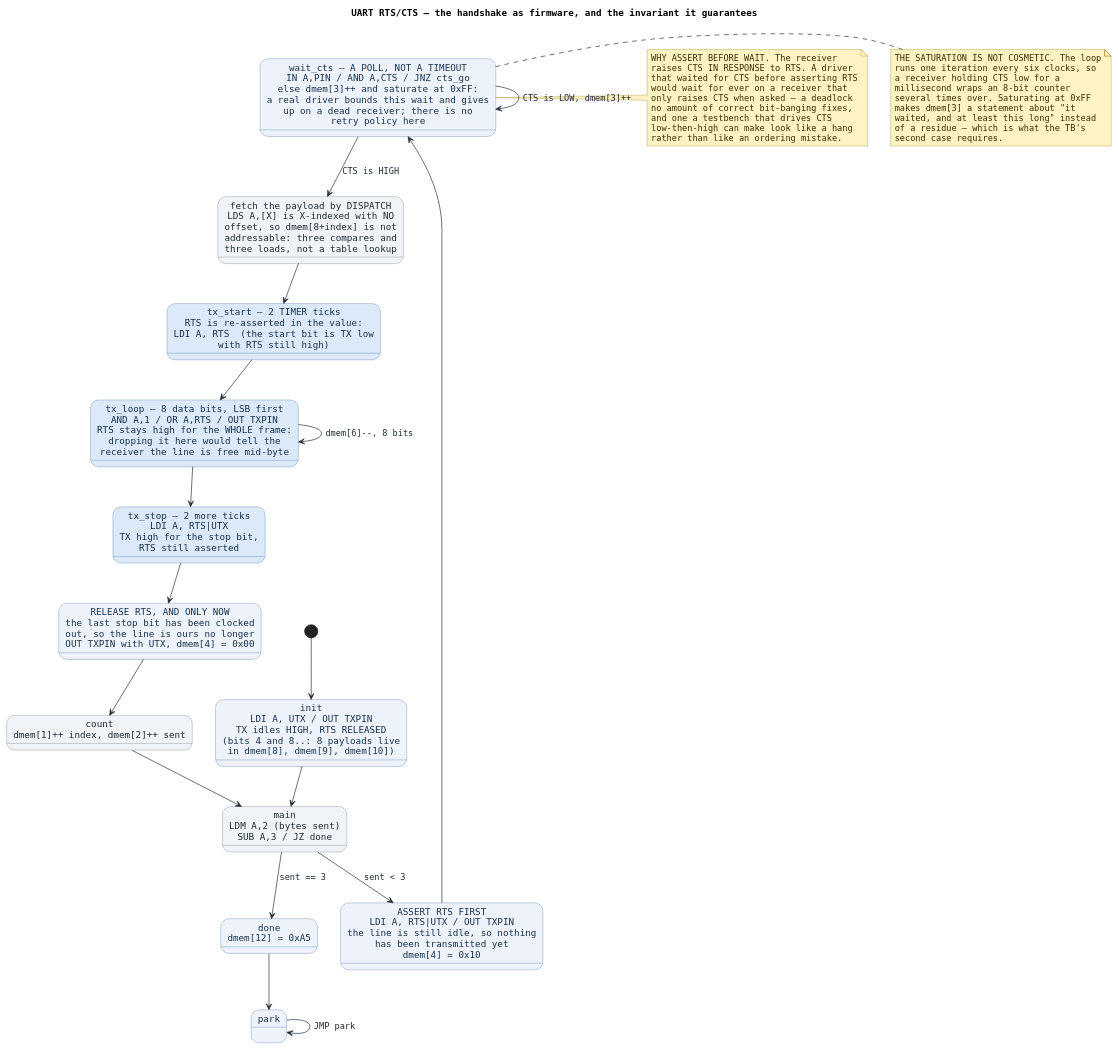
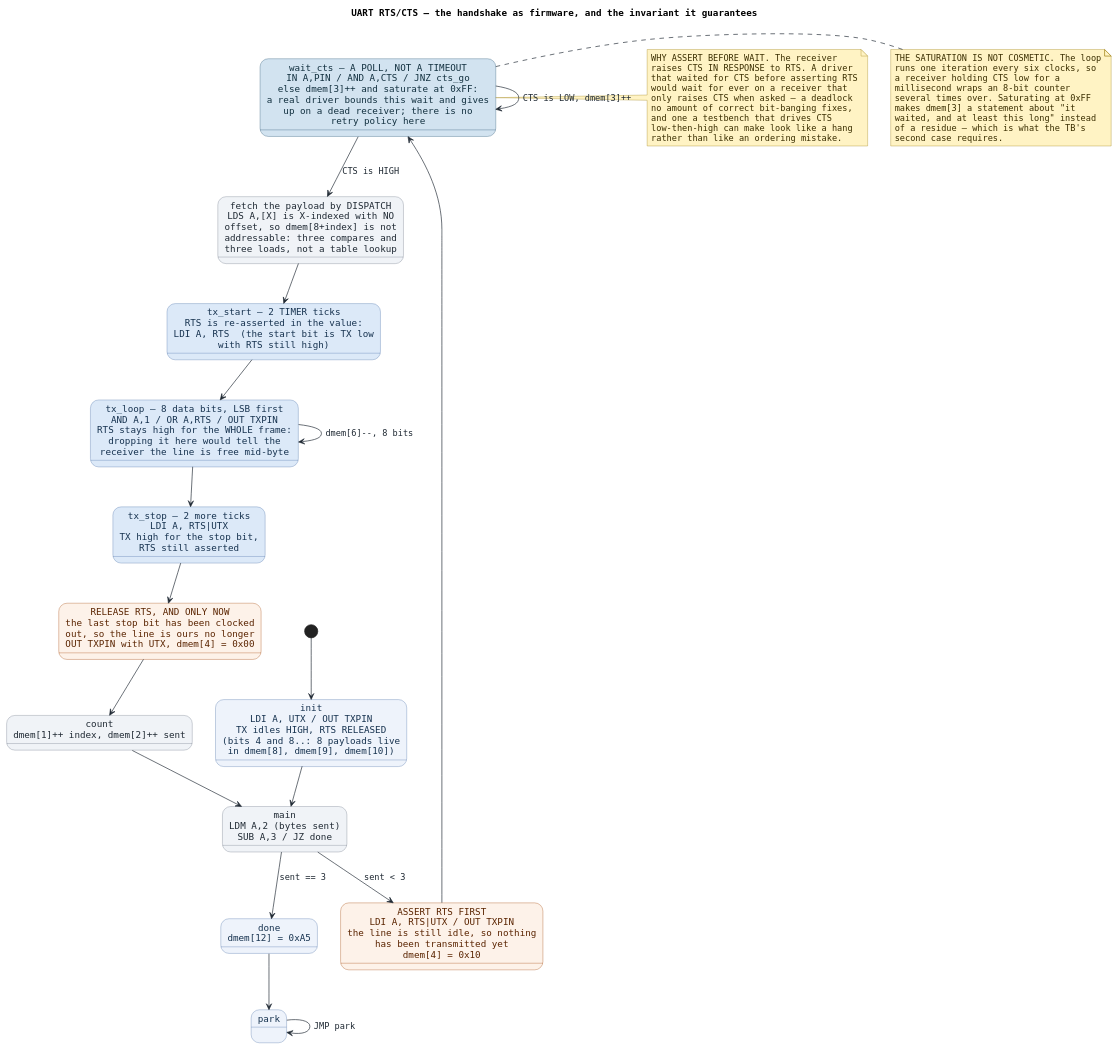
Before and after one commit to smprather/janestreet-blog-serial-protocol-emulator: the first of 5 diagrams in diagrams/proto-uart-flow.puml, drawn with PlantUML. The commit also changed 46 other files, not shown here.

```diff
--- a/diagrams/proto-uart-flow.puml
+++ b/diagrams/proto-uart-flow.puml
@@ -1,105 +1,126 @@
 @startuml
 skinparam NoteBackgroundColor #FFF3C4
 skinparam NoteBorderColor #9A7B0A
 skinparam NoteFontColor #3A2E00
 skinparam sequence {
   ArrowColor #335550
   ArrowFontColor #1F2933
   LifeLineBorderColor #8A94A6
   LifeLineBackgroundColor #EDF1F7
   ParticipantBorderColor #4A6FA5
   ParticipantBackgroundColor #DCE9F8
   ParticipantFontColor #16324F
   GroupBorderColor #6B7686
   GroupBackgroundColor #E3E9F2
   SequenceBoxBackgroundColor #FFF3C4
   SequenceBoxBorderColor #9A7B0A
   SequenceGroupBorderColor #6B7686
   SequenceGroupBackgroundColor #E3E9F2
   SequenceLifeLineBackgroundColor #EDF1F7
   SequenceLifeLineBorderColor #8A94A6
   SequenceDividerColor #1F2933
 }
 skinparam state {
   BackgroundColor #EEF3FB
   BorderColor #4A6FA5
   FontColor #16324F
   ArrowColor #1F2933
   ArrowFontColor #1F2933
   BackgroundColor<<tx>>   #DCE9F8
   BorderColor<<tx>>       #4A6FA5
   FontColor<<tx>>         #16324F
   BackgroundColor<<rx>>   #DCEEE0
   BorderColor<<rx>>       #4A8A5C
   FontColor<<rx>>         #17452A
   BackgroundColor<<ack>>  #FFF3C4
   BorderColor<<ack>>      #9A7B0A
   FontColor<<ack>>        #3A2E00
   BackgroundColor<<abort>> #F6D9D9
   BorderColor<<abort>>    #B05050
   FontColor<<abort>>      #6A2020
   BackgroundColor<<box>>  #F0F3F7
   BorderColor<<box>>      #6B7686
   FontColor<<box>>        #1F2933
+  BackgroundColor<<brk>>   #FADBD8
+  BorderColor<<brk>>       #A93226
+  FontColor<<brk>>         #5B1610
+  BackgroundColor<<slot>>  #D6EAF8
+  BorderColor<<slot>>      #2E6DA4
+  FontColor<<slot>>        #16324F
+  BackgroundColor<<crc>>   #EDE0F5
+  BorderColor<<crc>>       #6B4E9B
+  FontColor<<crc>>         #3B2560
+  BackgroundColor<<data>>  #D5F0E0
+  BorderColor<<data>>      #2E7D4F
+  FontColor<<data>>        #12402A
+  BackgroundColor<<stat>>  #FDECC8
+  BorderColor<<stat>>      #A9741A
+  FontColor<<stat>>        #5A3D12
+  BackgroundColor<<hs>>    #FDF2E9
+  BorderColor<<hs>>        #A04000
+  FontColor<<hs>>          #5A2400
+  BackgroundColor<<wait>>  #D2E3F0
+  BorderColor<<wait>>      #24506E
+  FontColor<<wait>>        #12303F
 }
 title UART RTS/CTS — the handshake as firmware, and the invariant it guarantees
 ' Sources: firmware/uart_flow.pe (the poll, the dispatch, the bit loop),
 '          tb/tb_pe_soc_uart_flow.v (the invariant monitor, the 8N1 receiver,
 '          the two cases), tools/fw/peasm.py (UTX/URX/RTS/CTS, TIMER)
 ' Pin map, the shared 8-bit port: bit 0 TX (out)  bit 3 RX (in)
 '                                 bit 4 RTS (out) bit 5 CTS (in)
 ' Program: payload 0x00 0xFF 0xA5, one RTS frame around each byte
 skinparam defaultFontName Monospaced
 [*] --> init
 state "init\nLDI A, UTX / OUT TXPIN\nTX idles HIGH, RTS RELEASED\n(bits 4 and 8..: 8 payloads live\nin dmem[8], dmem[9], dmem[10])" as init
 state "main\nLDM A,2 (bytes sent)\nSUB A,3 / JZ done" as main <<box>>
 state "ASSERT RTS FIRST\nLDI A, RTS|UTX / OUT TXPIN\nthe line is still idle, so nothing\nhas been transmitted yet\ndmem[4] = 0x10" as rts <<hs>>
 state "wait_cts — A POLL, NOT A TIMEOUT\nIN A,PIN / AND A,CTS / JNZ cts_go\nelse dmem[3]++ and saturate at 0xFF:\na real driver bounds this wait and gives\nup on a dead receiver; there is no\nretry policy here" as wait <<wait>>
 state "fetch the payload by DISPATCH\nLDS A,[X] is X-indexed with NO\noffset, so dmem[8+index] is not\naddressable: three compares and\nthree loads, not a table lookup" as fetch <<box>>
 state "tx_start — 2 TIMER ticks\nRTS is re-asserted in the value:\nLDI A, RTS  (the start bit is TX low\nwith RTS still high)" as txs <<tx>>
 state "tx_loop — 8 data bits, LSB first\nAND A,1 / OR A,RTS / OUT TXPIN\nRTS stays high for the WHOLE frame:\ndropping it here would tell the\nreceiver the line is free mid-byte" as txl <<tx>>
 state "tx_stop — 2 more ticks\nLDI A, RTS|UTX\nTX high for the stop bit,\nRTS still asserted" as txp <<tx>>
 state "RELEASE RTS, AND ONLY NOW\nthe last stop bit has been clocked\nout, so the line is ours no longer\nOUT TXPIN with UTX, dmem[4] = 0x00" as rel <<hs>>
 state "count\ndmem[1]++ index, dmem[2]++ sent" as cnt <<box>>
 state "done\ndmem[12] = 0xA5" as done
 state "park" as park
 
 init --> main
 main --> rts : sent < 3
 rts --> wait
 wait --> fetch : CTS is HIGH
 wait --> wait : CTS is LOW, dmem[3]++
 fetch --> txs
 txs --> txl
 txl --> txl : dmem[6]--, 8 bits
 txl --> txp
 txp --> rel
 rel --> cnt
 cnt --> main
 main --> done : sent == 3
 done --> park
 park --> park : JMP park
 
 note right of wait
   WHY ASSERT BEFORE WAIT. The receiver
   raises CTS IN RESPONSE to RTS. A driver
   that waited for CTS before asserting RTS
   would wait for ever on a receiver that
   only raises CTS when asked — a deadlock
   no amount of correct bit-banging fixes,
   and one a testbench that drives CTS
   low-then-high can make look like a hang
   rather than like an ordering mistake.
 end note
 note right of wait
   THE SATURATION IS NOT COSMETIC. The loop
   runs one iteration every six clocks, so
   a receiver holding CTS low for a
   millisecond wraps an 8-bit counter
   several times over. Saturating at 0xFF
   makes dmem[3] a statement about "it
   waited, and at least this long" instead
   of a residue — which is what the TB's
   second case requires.
 end note
 @enduml
```
